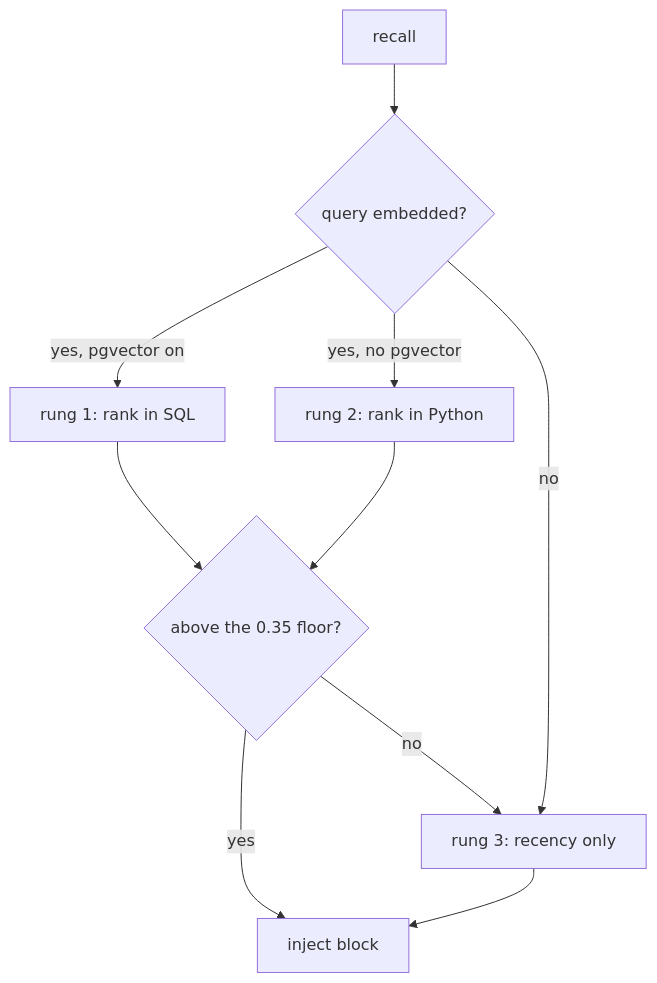
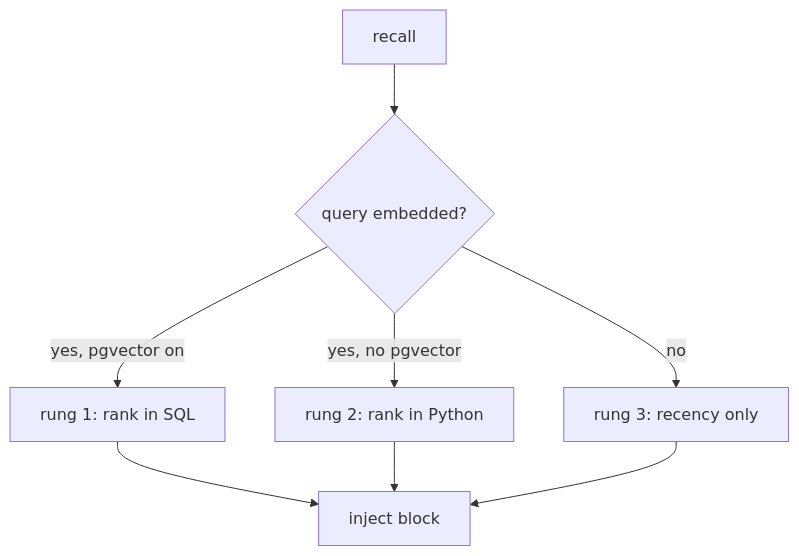
The fifth of 10 diagrams in docs/agent-memory/ARCHITECTURE.md (ap05-epic/agent-memory-prototype), drawn with Mermaid before and after one commit. The commit also changed other lines of this file, not shown here.

First line of the commit message:
Diagrams: render-verified and four layout fixes

````diff
--- a/docs/agent-memory/ARCHITECTURE.md
+++ b/docs/agent-memory/ARCHITECTURE.md
@@ -149,12 +149,10 @@
 ```mermaid
 flowchart TD
     A[recall] --> B{query embedded?}
     B -->|yes, pgvector on| R1[rung 1: rank in SQL]
     B -->|yes, no pgvector| R2[rung 2: rank in Python]
     B -->|no| R3[rung 3: recency only]
-    R1 --> F{"above the 0.35 floor?"}
-    R2 --> F
-    F -->|yes| OUT[inject block]
-    F -->|no| R3
+    R1 --> OUT[inject block]
+    R2 --> OUT
     R3 --> OUT
 ```
````
